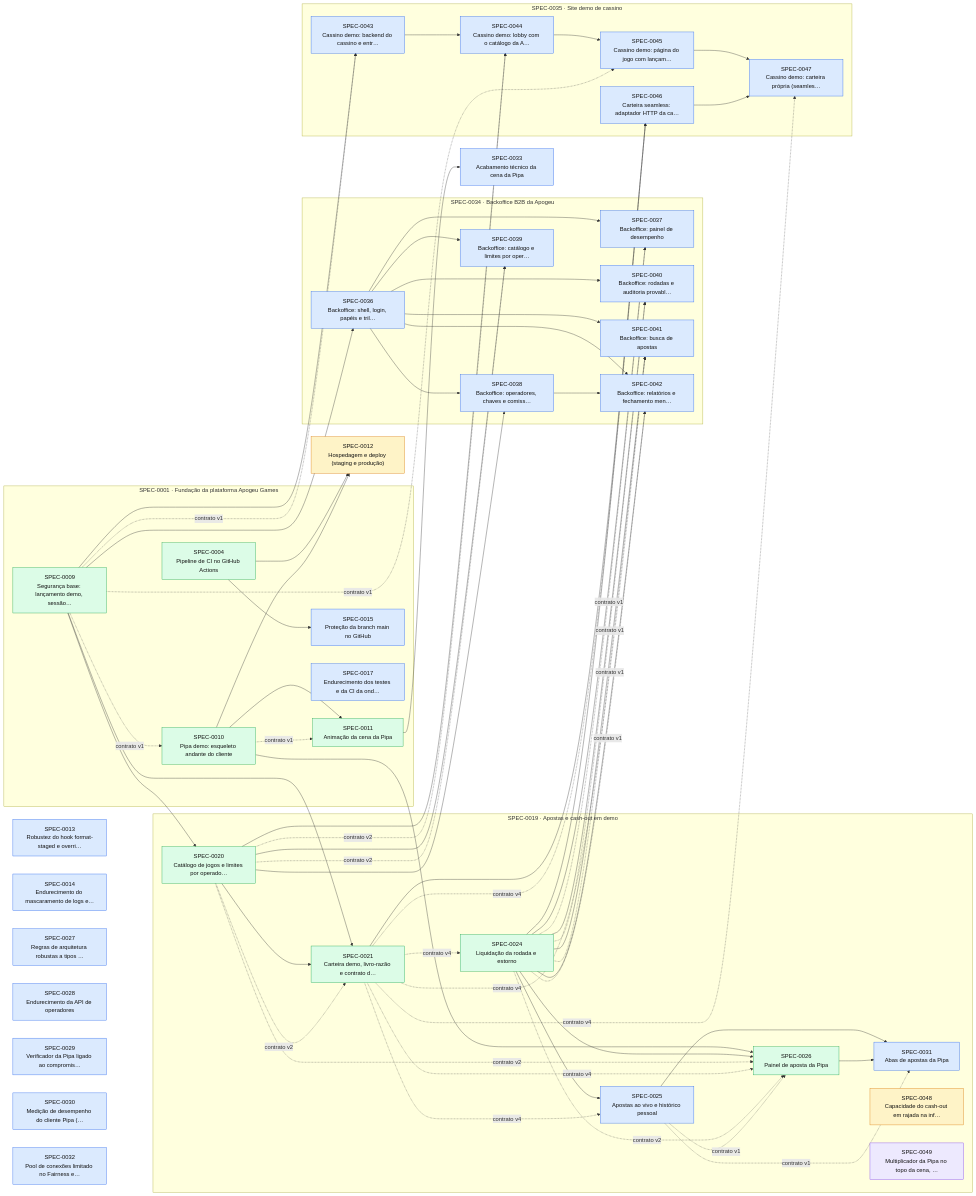
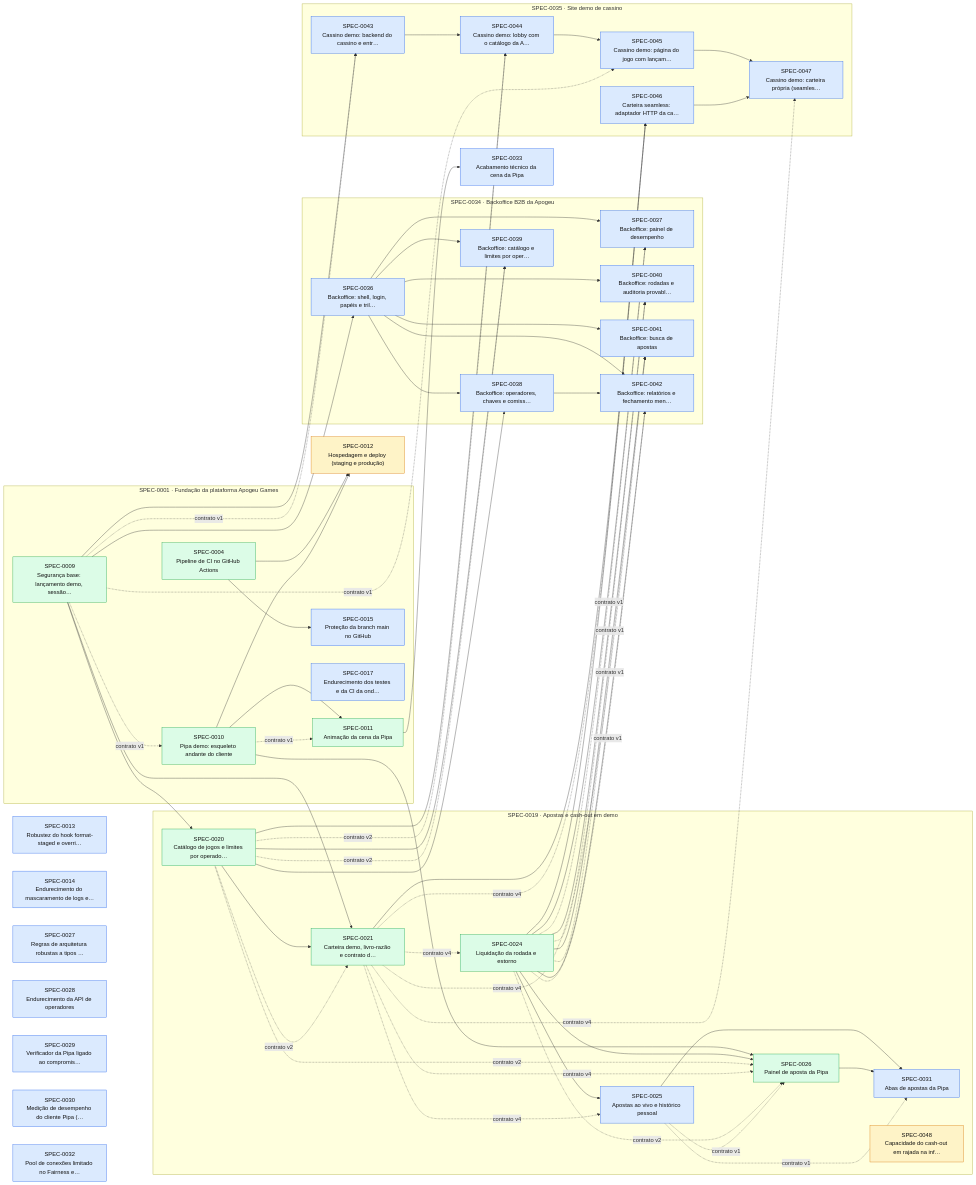
One commit to thomasravache/crash-games-provider changed the diagram in docs/specs/INDEX.md. Above: the diagram before and after it, drawn with Mermaid. The commit also changed other lines of this file and 3 other files, not shown here.

```diff
--- a/docs/specs/INDEX.md
+++ b/docs/specs/INDEX.md
@@ -119,7 +118,6 @@
     S0026["SPEC-0026<br/>Painel de aposta da Pipa"]:::implemented
     S0031["SPEC-0031<br/>Abas de apostas da Pipa"]:::approved
     S0048["SPEC-0048<br/>Capacidade do cash-out em rajada na inf…"]:::proposed
-    S0049["SPEC-0049<br/>Multiplicador da Pipa no topo da cena, …"]:::inprogress
   end
   subgraph E0034["SPEC-0034 · Backoffice B2B da Apogeu"]
     S0036["SPEC-0036<br/>Backoffice: shell, login, papéis e tril…"]:::approved
```
